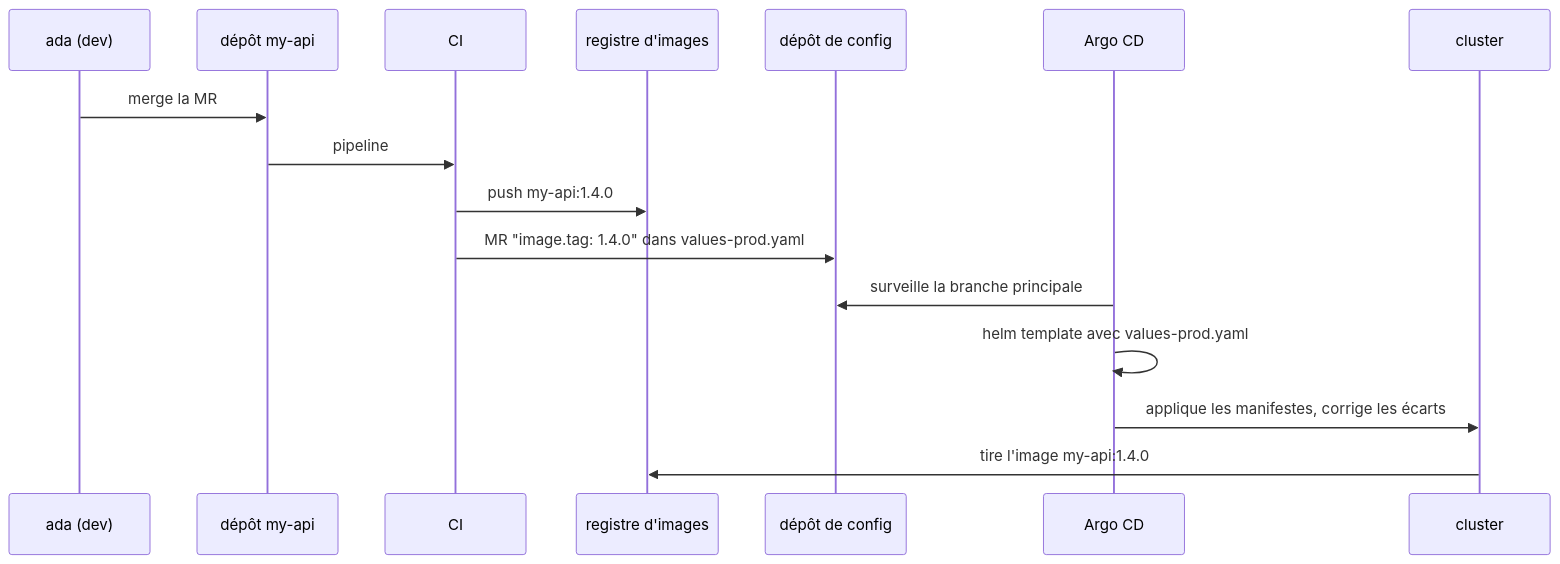
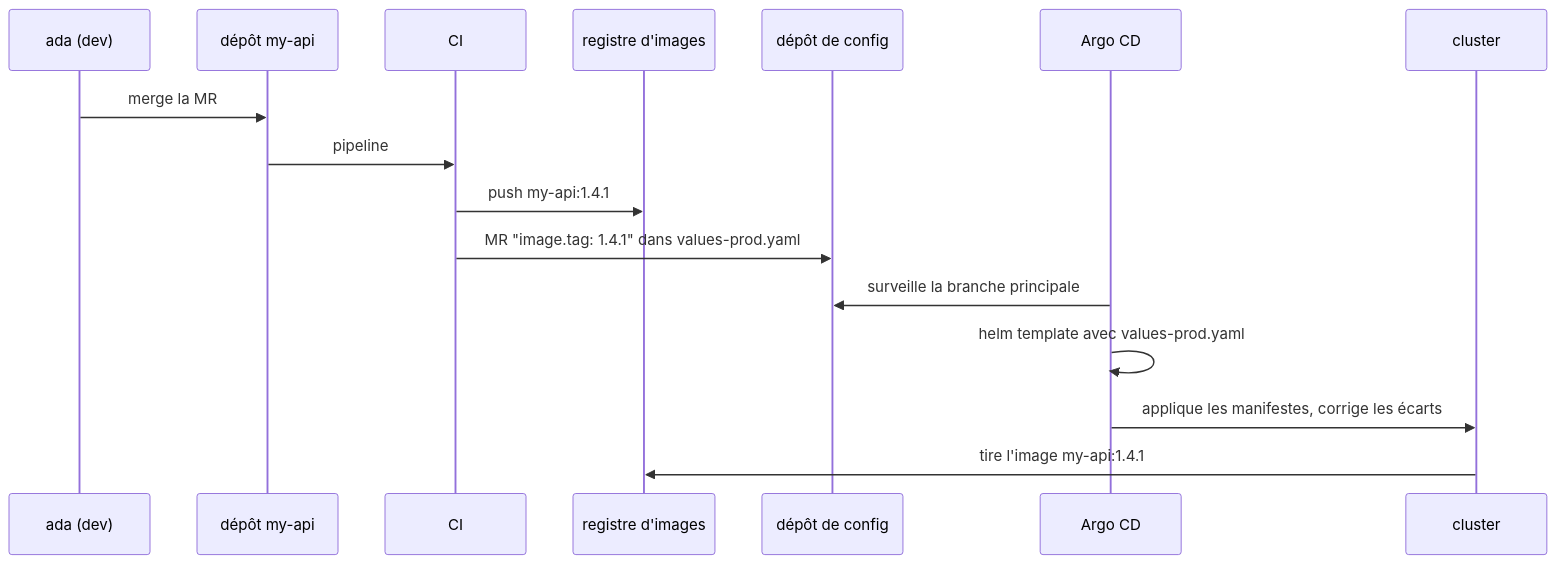
Before and after one commit to vincentbaticle/reminder: the eighth of 12 diagrams in docs/knowledge/kubernetes.md, drawn with Mermaid. The commit also changed other lines of this file and 2 other files, not shown here.

````diff
--- a/docs/knowledge/kubernetes.md
+++ b/docs/knowledge/kubernetes.md
@@ -815,18 +871,18 @@
 ```mermaid
 sequenceDiagram
   participant Dev as ada (dev)
   participant App as dépôt my-api
   participant CI
   participant Reg as registre d'images
   participant Cfg as dépôt de config
   participant Argo as Argo CD
   participant K8s as cluster
   Dev->>App: merge la MR
   App->>CI: pipeline
-  CI->>Reg: push my-api:1.4.0
-  CI->>Cfg: MR "image.tag: 1.4.0" dans values-prod.yaml
+  CI->>Reg: push my-api:1.4.1
+  CI->>Cfg: MR "image.tag: 1.4.1" dans values-prod.yaml
   Argo->>Cfg: surveille la branche principale
   Argo->>Argo: helm template avec values-prod.yaml
   Argo->>K8s: applique les manifestes, corrige les écarts
-  K8s->>Reg: tire l'image my-api:1.4.0
+  K8s->>Reg: tire l'image my-api:1.4.1
 ```
````
